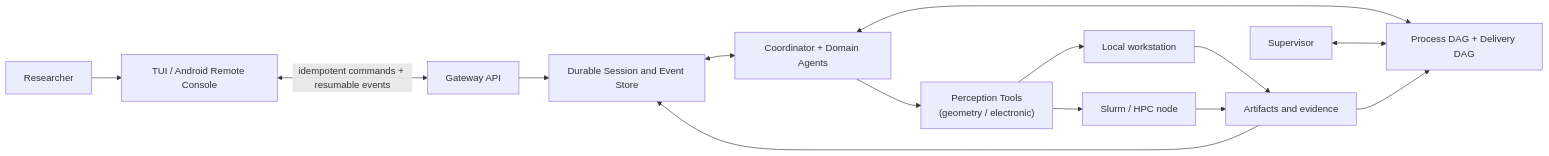
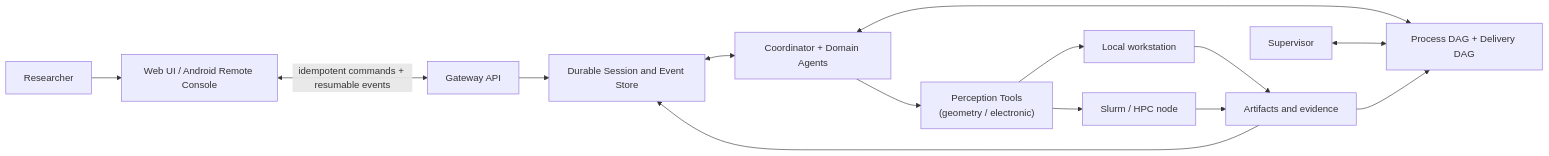
Before and after one commit to jiajia-jun/Cloudra-mechanism-agent: the diagram in README.md, drawn with Mermaid. The commit also changed other lines of this file and 60 other files, not shown here.

````diff
--- a/README.md
+++ b/README.md
@@ -126,16 +126,16 @@
 ```mermaid
 flowchart LR
-    U["Researcher"] --> C["TUI / Android Remote Console"]
+    U["Researcher"] --> C["Web UI / Android Remote Console"]
     C <-->|"idempotent commands + resumable events"| G["Gateway API"]
     G --> S["Durable Session and Event Store"]
     S <--> A["Coordinator + Domain Agents"]
     A --> P["Perception Tools<br/>(geometry / electronic)"]
     A <--> D2["Process DAG + Delivery DAG"]
     SV["Supervisor"] <--> D2
     P --> L["Local workstation"]
     P --> H["Slurm / HPC node"]
     L --> R["Artifacts and evidence"]
     H --> R
     R --> D2
     R --> S
 ```
````
